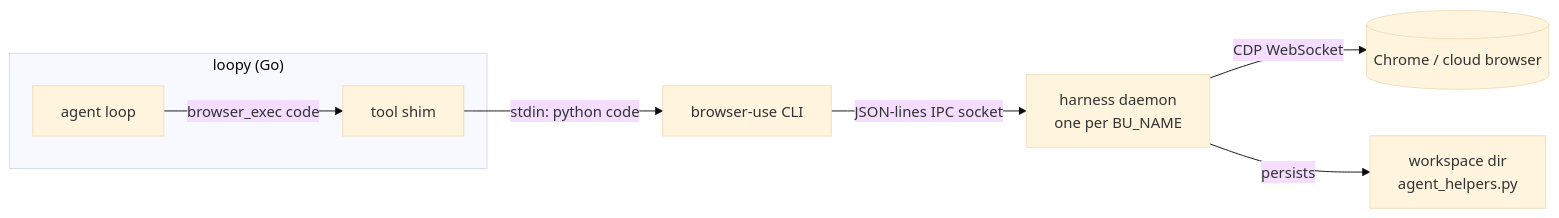
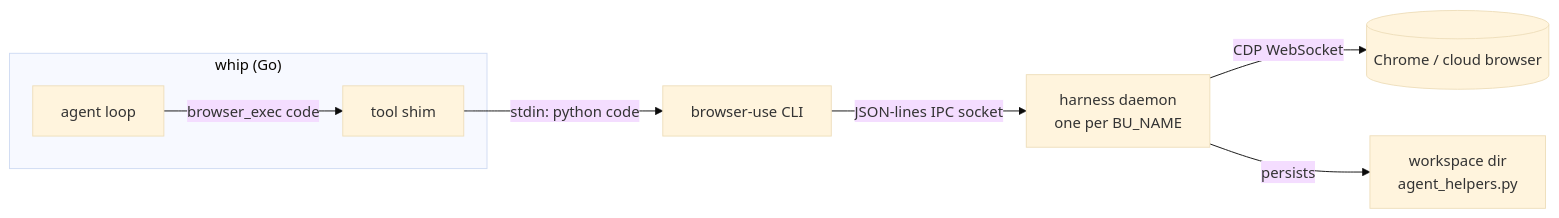
One commit to anish-inf/whip changed the first of 4 diagrams in docs/learnings/browser-use-integration.md. Above: the diagram before and after it, drawn with Mermaid (base theme). The commit also changed other lines of this file and 194 other files, not shown here.

First line of the commit message:
Rename loopy to whip throughout

````diff
--- a/docs/learnings/browser-use-integration.md
+++ b/docs/learnings/browser-use-integration.md
@@ -14,10 +14,10 @@
 ```mermaid
 flowchart LR
-    subgraph loopy["loopy (Go)"]
+    subgraph whip["whip (Go)"]
         A[agent loop] -->|browser_exec code| T[tool shim]
     end
     T -->|stdin: python code| CLI[browser-use CLI]
     CLI -->|JSON-lines IPC socket| D[harness daemon<br/>one per BU_NAME]
     D -->|CDP WebSocket| B[(Chrome / cloud browser)]
     D -->|persists| W[workspace dir<br/>agent_helpers.py]
 ```
````
